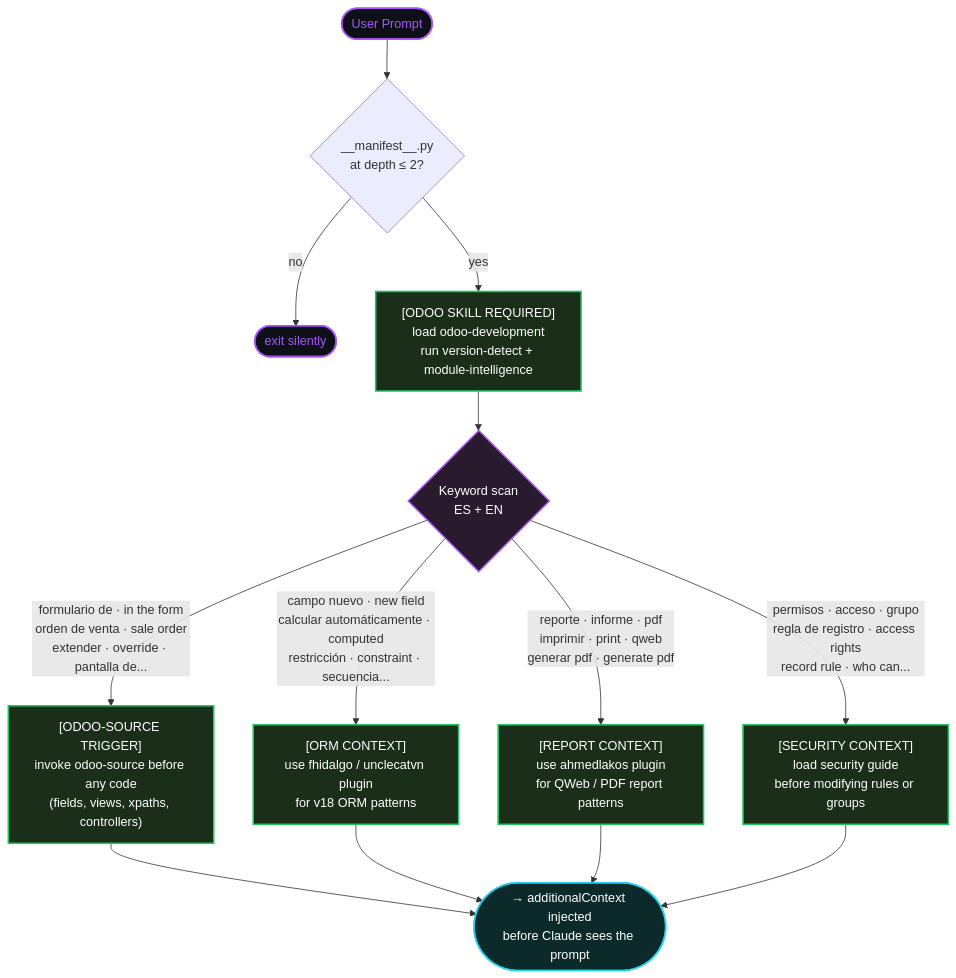
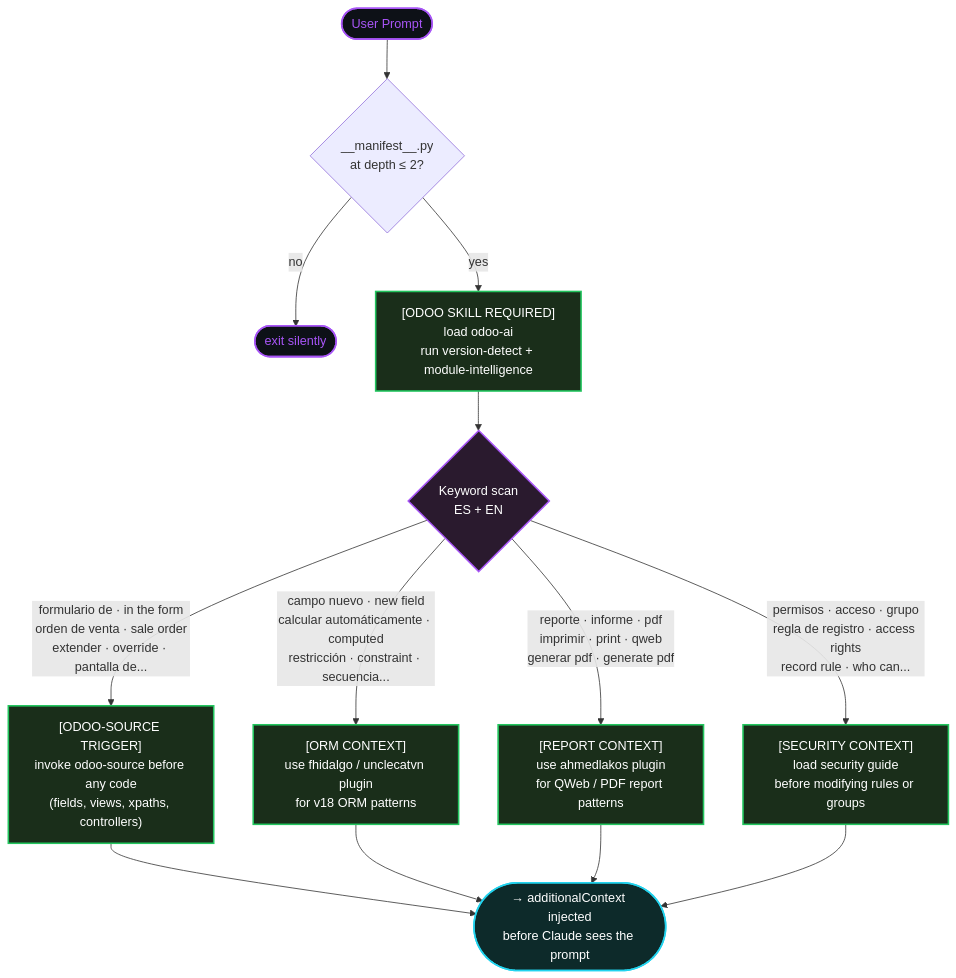
One commit to Geraldow/odoo-ai changed the third of 5 diagrams in README.md. Above: the diagram before and after it, drawn with Mermaid. The commit also changed other lines of this file and 668 other files, not shown here.

First line of the commit message:
feat(skill)!: rename odoo-development to odoo-ai, introduce self-contained knowledge base

````diff
--- a/README.md
+++ b/README.md
@@ -283,25 +283,25 @@
 ```mermaid
 flowchart TD
     P(["User Prompt"]) --> OD{"__manifest__.py\nat depth ≤ 2?"}
     OD -->|"no"| EXIT(["exit silently"])
-    OD -->|"yes"| BASE["[ODOO SKILL REQUIRED]\nload odoo-development\nrun version-detect + module-intelligence"]
+    OD -->|"yes"| BASE["[ODOO SKILL REQUIRED]\nload odoo-ai\nrun version-detect + module-intelligence"]
 
     BASE --> KW{"Keyword scan\nES + EN"}
 
     KW -->|"formulario de · in the form\norden de venta · sale order\nextender · override · pantalla de..."| EXP["[ODOO-SOURCE TRIGGER]\ninvoke odoo-source before any code\n(fields, views, xpaths, controllers)"]
     KW -->|"campo nuevo · new field\ncalcular automáticamente · computed\nrestricción · constraint · secuencia..."| ORM["[ORM CONTEXT]\nuse fhidalgo / unclecatvn plugin\nfor v18 ORM patterns"]
     KW -->|"reporte · informe · pdf\nimprimir · print · qweb\ngenerar pdf · generate pdf"| REP["[REPORT CONTEXT]\nuse ahmedlakos plugin\nfor QWeb / PDF report patterns"]
     KW -->|"permisos · acceso · grupo\nregla de registro · access rights\nrecord rule · who can..."| SEC["[SECURITY CONTEXT]\nload security guide\nbefore modifying rules or groups"]
 
     EXP & ORM & REP & SEC --> INJ(["→ additionalContext injected\nbefore Claude sees the prompt"])
 
     classDef green  fill:#1a2e1a,stroke:#22c55e,stroke-width:2px,color:#fff
     classDef purple fill:#2a1a2e,stroke:#a855f7,stroke-width:2px,color:#fff
     classDef teal   fill:#0d2a2a,stroke:#22d3ee,stroke-width:2px,color:#fff
     classDef person fill:#0d1117,stroke:#a855f7,stroke-width:2px,color:#a855f7
 
     class BASE,EXP,ORM,REP,SEC green
     class KW purple
     class INJ teal
     class P,EXIT person
 ```
````
